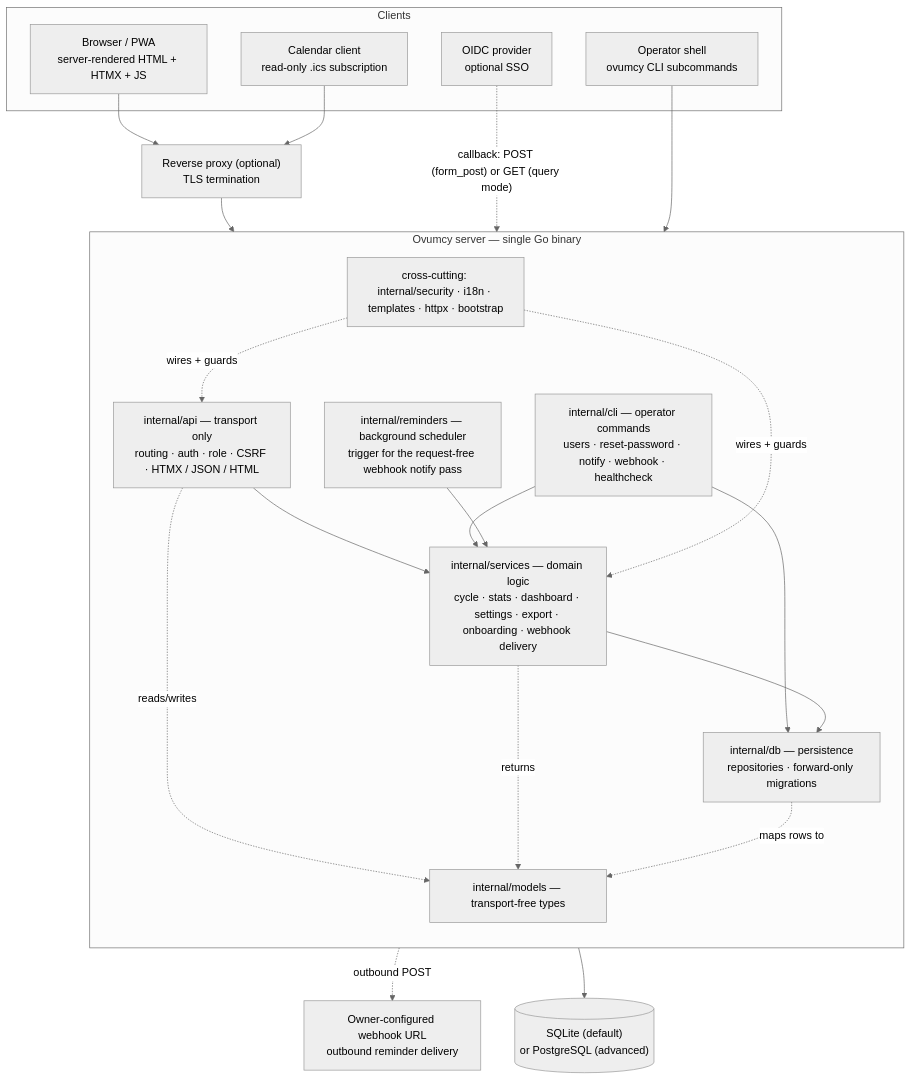
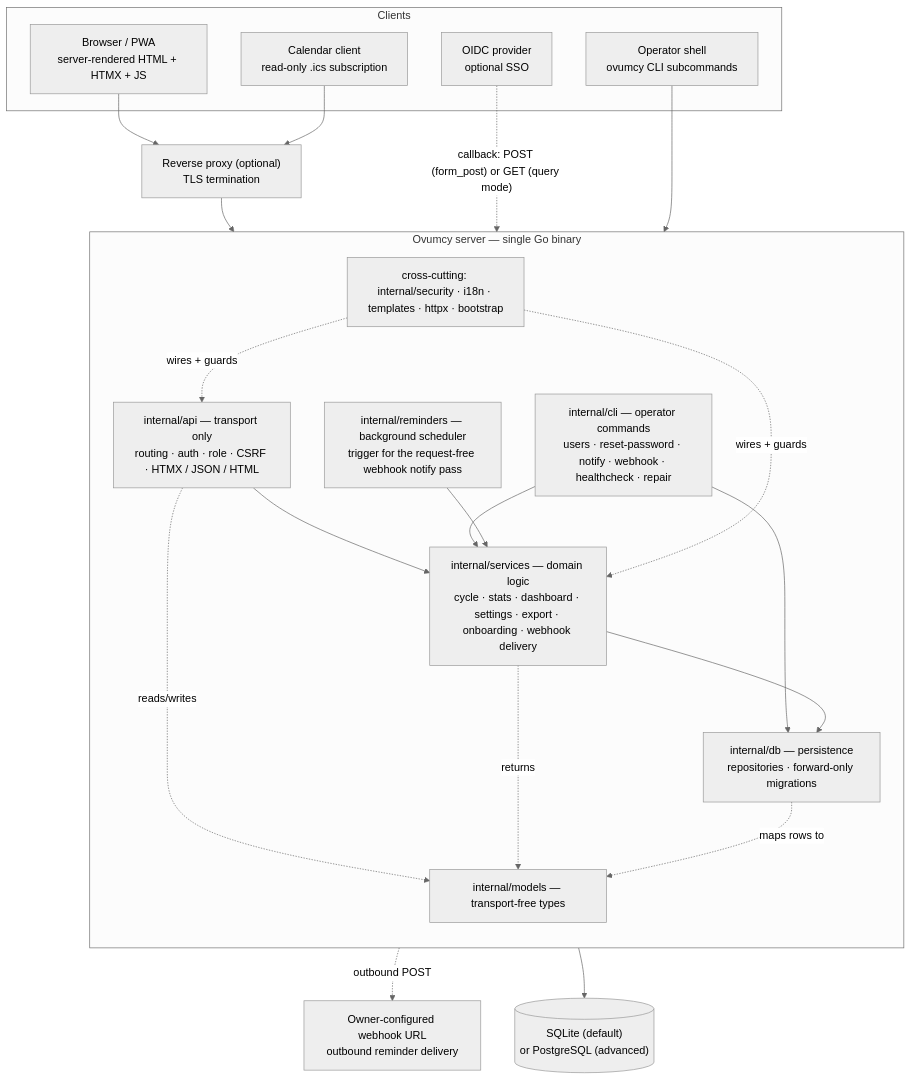
One commit to ovumcy/ovumcy-web changed the first of 3 diagrams in docs/architecture.md. Above: the diagram before and after it, drawn with Mermaid (neutral theme). The commit also changed other lines of this file and 15 other files, not shown here.

First line of the commit message:
fix(db): an operator can repair the data that refuses migration 037

````diff
--- a/docs/architecture.md
+++ b/docs/architecture.md
@@ -26,43 +26,43 @@
 ```mermaid
 flowchart TB
     subgraph clients["Clients"]
         browser["Browser / PWA<br/>server-rendered HTML + HTMX + JS"]
         ical["Calendar client<br/>read-only .ics subscription"]
         idp["OIDC provider<br/>optional SSO"]
         operator["Operator shell<br/>ovumcy CLI subcommands"]
     end
 
     proxy["Reverse proxy (optional)<br/>TLS termination"]
 
     subgraph app["Ovumcy server — single Go binary"]
         direction TB
         api["internal/api — transport only<br/>routing · auth · role · CSRF · HTMX / JSON / HTML"]
-        cli["internal/cli — operator commands<br/>users · reset-password · notify · webhook · healthcheck"]
+        cli["internal/cli — operator commands<br/>users · reset-password · notify · webhook · healthcheck · repair"]
         reminders["internal/reminders — background scheduler<br/>trigger for the request-free webhook notify pass"]
         services["internal/services — domain logic<br/>cycle · stats · dashboard · settings · export · onboarding · webhook delivery"]
         db["internal/db — persistence<br/>repositories · forward-only migrations"]
         models["internal/models — transport-free types"]
         cross["cross-cutting: internal/security · i18n · templates · httpx · bootstrap"]
     end
 
     store[("SQLite (default)<br/>or PostgreSQL (advanced)")]
     hook["Owner-configured webhook URL<br/>outbound reminder delivery"]
 
     browser --> proxy
     ical --> proxy
     proxy --> api
     idp -. "callback: POST (form_post) or GET (query mode)" .-> api
     operator --> cli
     api --> services
     cli --> services
     cli --> db
     reminders --> services
     services --> db
     services -. "outbound POST" .-> hook
     db --> store
     api -. "reads/writes" .-> models
     services -. "returns" .-> models
     db -. "maps rows to" .-> models
     cross -. "wires + guards" .-> api
     cross -. "wires + guards" .-> services
 ```
````
